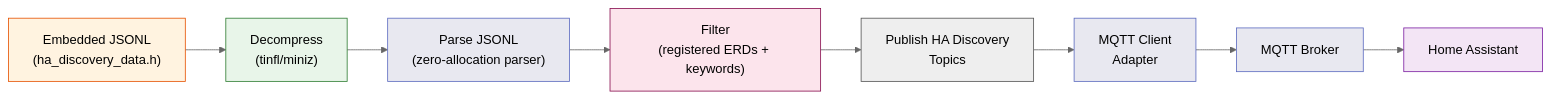
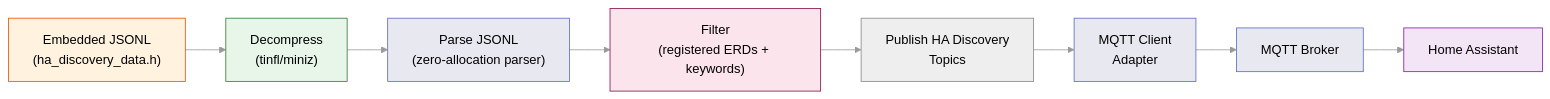
Before and after one commit to eddietheengineer/home-assistant-bridge-esphome: the third of 3 diagrams in docs/architecture/data-flow.md, drawn with Mermaid. The commit also changed other lines of this file and 3 other files, not shown here.

First line of the commit message:
style(docs): improve mermaid chart visibility in dark mode

````diff
--- a/docs/architecture/data-flow.md
+++ b/docs/architecture/data-flow.md
@@ -131,25 +131,25 @@
 ```mermaid
-%%{init: {"theme":"neutral","themeVariables":{"primaryColor":"#4a90d9","primaryBorderColor":"#2c6a9e","primaryTextColor":"#1a1a1a","secondaryColor":"#d9e8f5","tertiaryColor":"#f0f0f0","lineColor":"#666666","clusterBkg":"#f5f5f5","clusterBorder":"#cccccc","fontFamily":"monospace","nodeBorder":"#555555","edgeLabelBackground":"#ffffff"}}}%%
+%%{init: {"theme":"neutral","themeVariables":{"primaryColor":"#4a90d9","primaryBorderColor":"#2c6a9e","primaryTextColor":"#1a1a1a","secondaryColor":"#d9e8f5","tertiaryColor":"#f0f0f0","lineColor":"#999999","clusterBkg":"#f5f5f5","clusterBorder":"#aaaaaa","fontFamily":"monospace","nodeBorder":"#888888","edgeLabelBackground":"#ffffff"}}}%%
 graph LR
     EMBEDDED["Embedded JSONL<br/>(ha_discovery_data.h)"] --> DECOMPRESS["Decompress<br/>(tinfl/miniz)"]
     DECOMPRESS --> PARSE["Parse JSONL<br/>(zero-allocation parser)"]
     PARSE --> FILTER["Filter<br/>(registered ERDs + keywords)"]
     FILTER --> PUBLISH["Publish HA Discovery<br/>Topics"]
     PUBLISH --> MQTT["MQTT Client<br/>Adapter"]
     MQTT --> BROKER["MQTT Broker"]
     BROKER --> HA["Home Assistant"]
 
     classDef embedded fill:#fff3e0,stroke:#e65100
     classDef decompress fill:#e8f5e9,stroke:#2e7d32
     classDef parse fill:#e8e8f0,stroke:#5c6bc0
     classDef filter fill:#fce4ec,stroke:#880e4f
     classDef mqtt fill:#e8e8f0,stroke:#5c6bc0
     classDef ha fill:#f3e5f5,stroke:#7b1fa2
 
     class EMBEDDED embedded
     class DECOMPRESS decompress
     class PARSE parse
     class FILTER filter
     class MQTT,BROKER mqtt
     class HA ha
 ```
````
